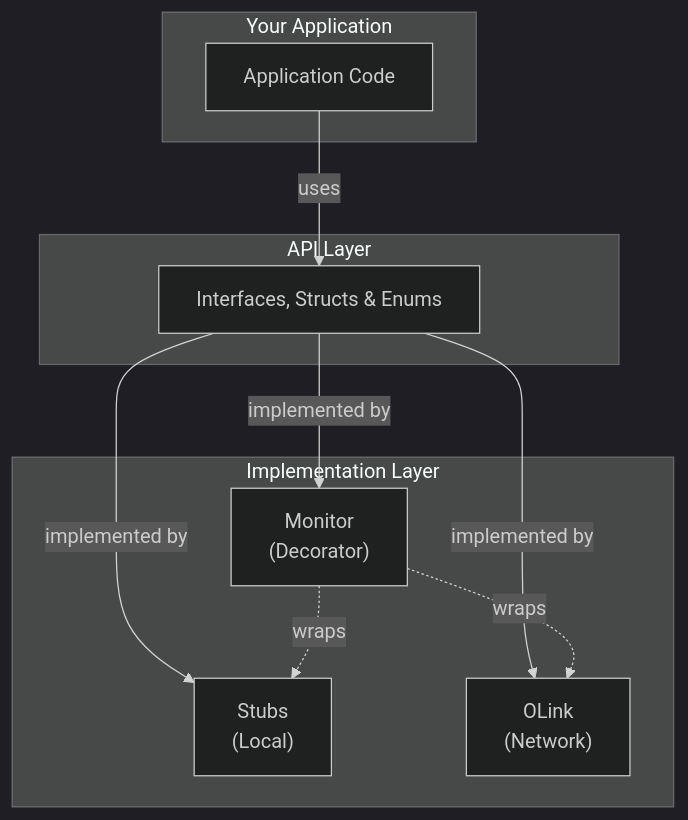
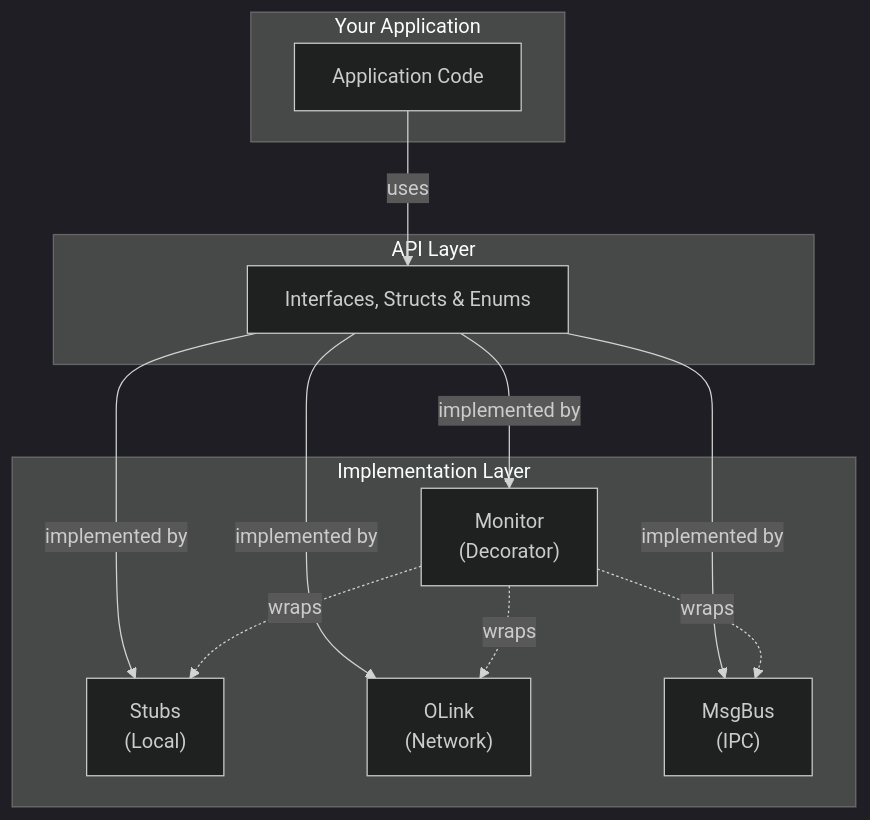
One commit to apigear-io/template-unreal changed the diagram in docs/docs/features/features.md. Above: the diagram before and after it, drawn with Mermaid (dark theme). The commit also changed other lines of this file and 2 other files, not shown here.

````diff
--- a/docs/docs/features/features.md
+++ b/docs/docs/features/features.md
@@ -62,23 +68,26 @@
 ```mermaid
 graph TD
     subgraph Application[" Your Application "]
         App[Application Code]
     end
 
     subgraph API[" API Layer "]
         Interface[Interfaces, Structs & Enums]
     end
 
     subgraph Implementations[" Implementation Layer "]
         Stubs["Stubs<br/>(Local)"]
         OLink["OLink<br/>(Network)"]
+        MsgBus["MsgBus<br/>(IPC)"]
         Monitor["Monitor<br/>(Decorator)"]
     end
 
     App -->|uses| Interface
     Interface -->|implemented by| Stubs
     Interface -->|implemented by| OLink
+    Interface -->|implemented by| MsgBus
     Interface -->|implemented by| Monitor
     Monitor -.->|wraps| Stubs
     Monitor -.->|wraps| OLink
+    Monitor -.->|wraps| MsgBus
 ```
````
